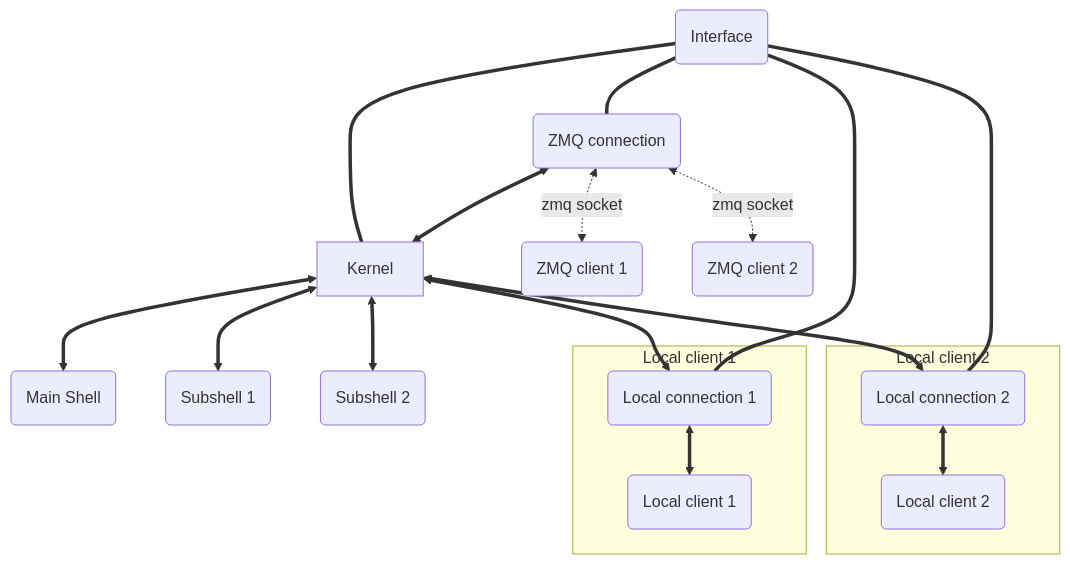
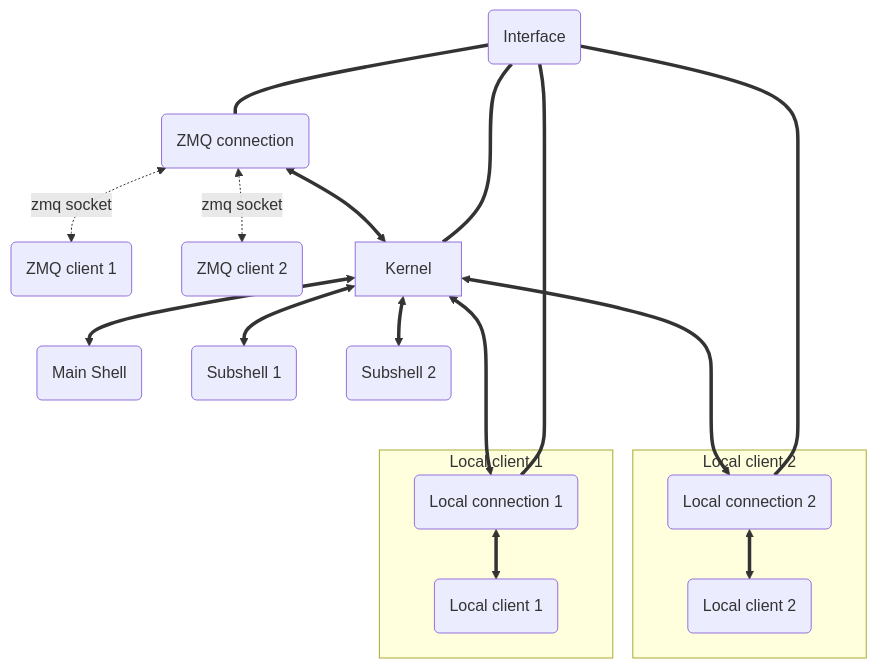
Before and after one commit to fleming79/async-kernel: the diagram in docs/reference/index.md, drawn with Mermaid. The commit also changed 4 other files, not shown here.

````diff
--- a/docs/reference/index.md
+++ b/docs/reference/index.md
@@ -23,36 +23,36 @@
 ```mermaid
 flowchart TD
 Interface(Interface)
 LocalConnection1(Local connection 1)
 LocalConnection2(Local connection 2)
 ZMQConnection(ZMQ connection)
 ZMQClient1(ZMQ client 1)
 ZMQClient2(ZMQ client 2)
 LocalClient1(Local client 1)
 LocalClient2(Local client 2)
 MainShell(Main Shell)
 Subshell1(Subshell 1)
 Subshell2(Subshell 2)
 
 Interface === Kernel
-Interface === ZMQConnection
 Interface === LocalConnection1
 Interface === LocalConnection2
+Interface === ZMQConnection
 
 Kernel <==> MainShell
 Kernel <==> Subshell1
 Kernel <==> Subshell2
-Kernel <==> LocalConnection1
-Kernel <==> LocalConnection2
+Kernel <===> LocalConnection1
+Kernel <===> LocalConnection2
 
 subgraph Local client 1
 LocalConnection1 <==> LocalClient1
 end
 subgraph Local client 2
 LocalConnection2 <==> LocalClient2
 end
 
 ZMQConnection <==> Kernel
 ZMQConnection <-. zmq socket .-> ZMQClient1
 ZMQConnection <-. zmq socket .-> ZMQClient2
 ```
````
